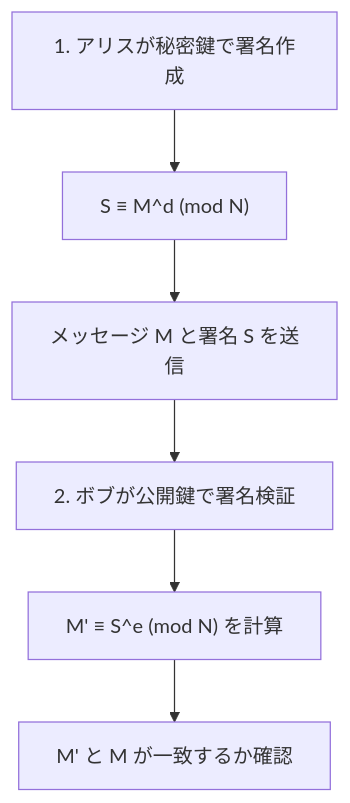
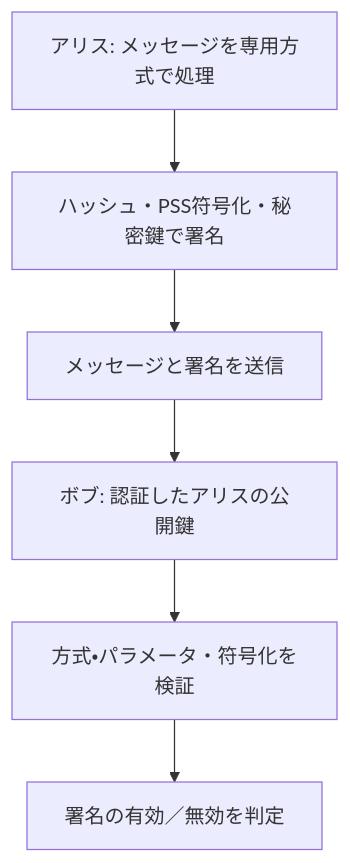
Before and after one commit to kenjinote/blog: the third of 3 diagrams in content/post/rsa暗号の仕組みを高校生でもわかるように説明する/index.md, drawn with Mermaid. The commit also changed other lines of this file and 8 other files, not shown here.

````diff
--- a/content/post/rsa暗号の仕組みを高校生でもわかるように説明する/index.md
+++ b/content/post/rsa暗号の仕組みを高校生でもわかるように説明する/index.md
@@ -292,9 +169,8 @@
 ```mermaid
 flowchart TD
-    A1["1. アリスが秘密鍵で署名作成"] --> A2["S ≡ M^d (mod N)"]
-    A2 --> A3["メッセージ M と署名 S を送信"]
-    
-    A3 --> B1["2. ボブが公開鍵で署名検証"]
-    B1 --> B2["M' ≡ S^e (mod N) を計算"]
-    B2 --> B3["M' と M が一致するか確認"]
+    A1["アリス: メッセージを専用方式で処理"] --> A2["ハッシュ・PSS符号化・秘密鍵で署名"]
+    A2 --> A3["メッセージと署名を送信"]
+    A3 --> B1["ボブ: 認証したアリスの公開鍵"]
+    B1 --> B2["方式・パラメータ・符号化を検証"]
+    B2 --> B3["署名の有効／無効を判定"]
 ```
````
